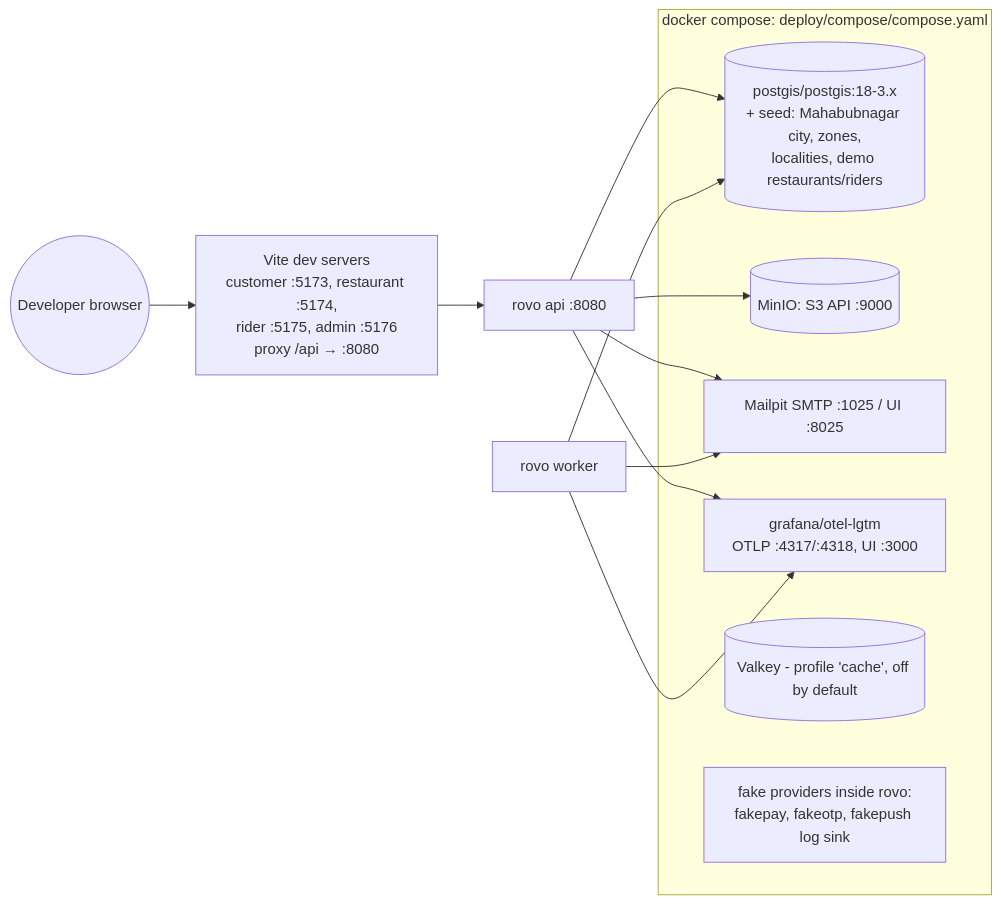
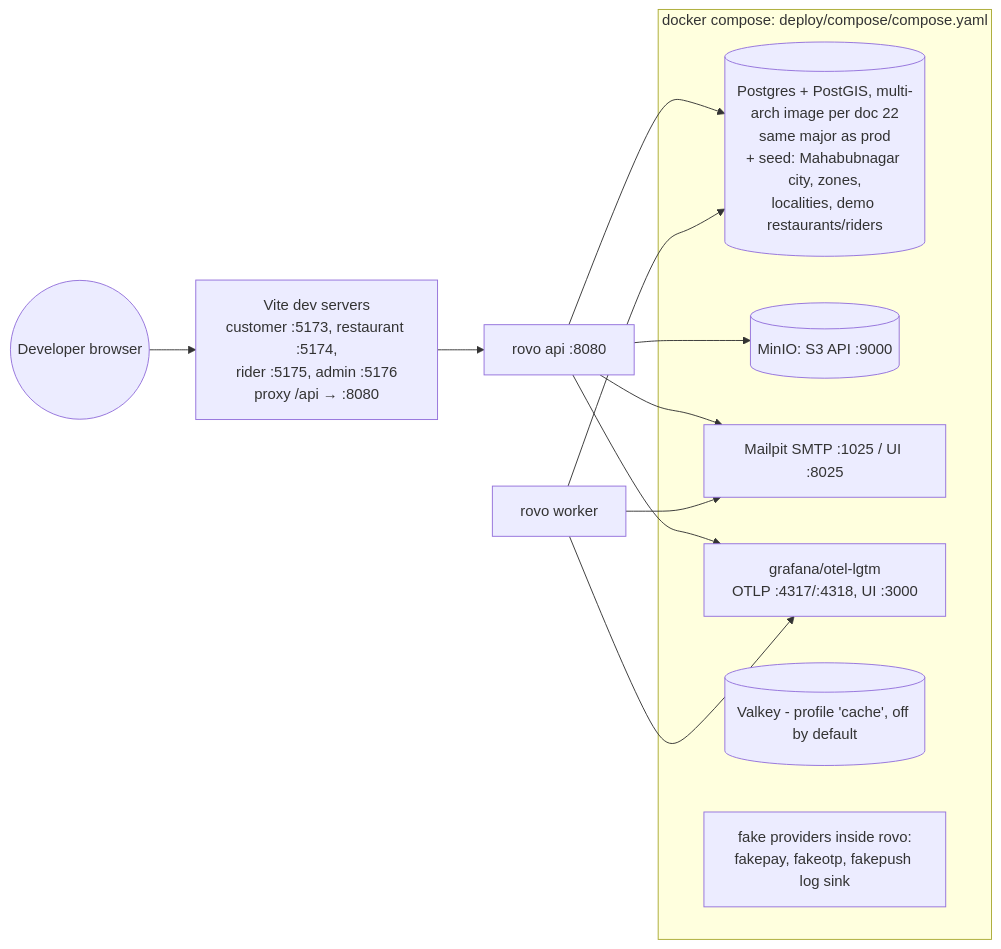
One commit to storetmobiles2-code/rovo changed the third of 11 diagrams in docs/planning/08-system-architecture.md. Above: the diagram before and after it, drawn with Mermaid. The commit also changed other lines of this file and 11 other files, not shown here.

````diff
--- a/docs/planning/08-system-architecture.md
+++ b/docs/planning/08-system-architecture.md
@@ -150,15 +152,15 @@
 ```mermaid
 flowchart LR
     DEV((Developer browser)) --> VITE[Vite dev servers<br/>customer :5173, restaurant :5174,<br/>rider :5175, admin :5176<br/>proxy /api → :8080]
     VITE --> API[rovo api :8080]
     subgraph Compose[docker compose: deploy/compose/compose.yaml]
-        PG[(postgis/postgis:18-3.x<br/>+ seed: Mahabubnagar city, zones,<br/>localities, demo restaurants/riders)]
+        PG[(Postgres + PostGIS, multi-arch image per doc 22<br/>same major as prod<br/>+ seed: Mahabubnagar city, zones,<br/>localities, demo restaurants/riders)]
         MINIO[(MinIO: S3 API :9000)]
         MAIL[Mailpit SMTP :1025 / UI :8025]
         LGTM[grafana/otel-lgtm<br/>OTLP :4317/:4318, UI :3000]
         VALKEY[(Valkey - profile 'cache', off by default)]
         FAKES[fake providers inside rovo:<br/>fakepay, fakeotp, fakepush log sink]
     end
     API --> PG & MINIO & MAIL & LGTM
     WORKER[rovo worker] --> PG & MAIL & LGTM
 ```
````
